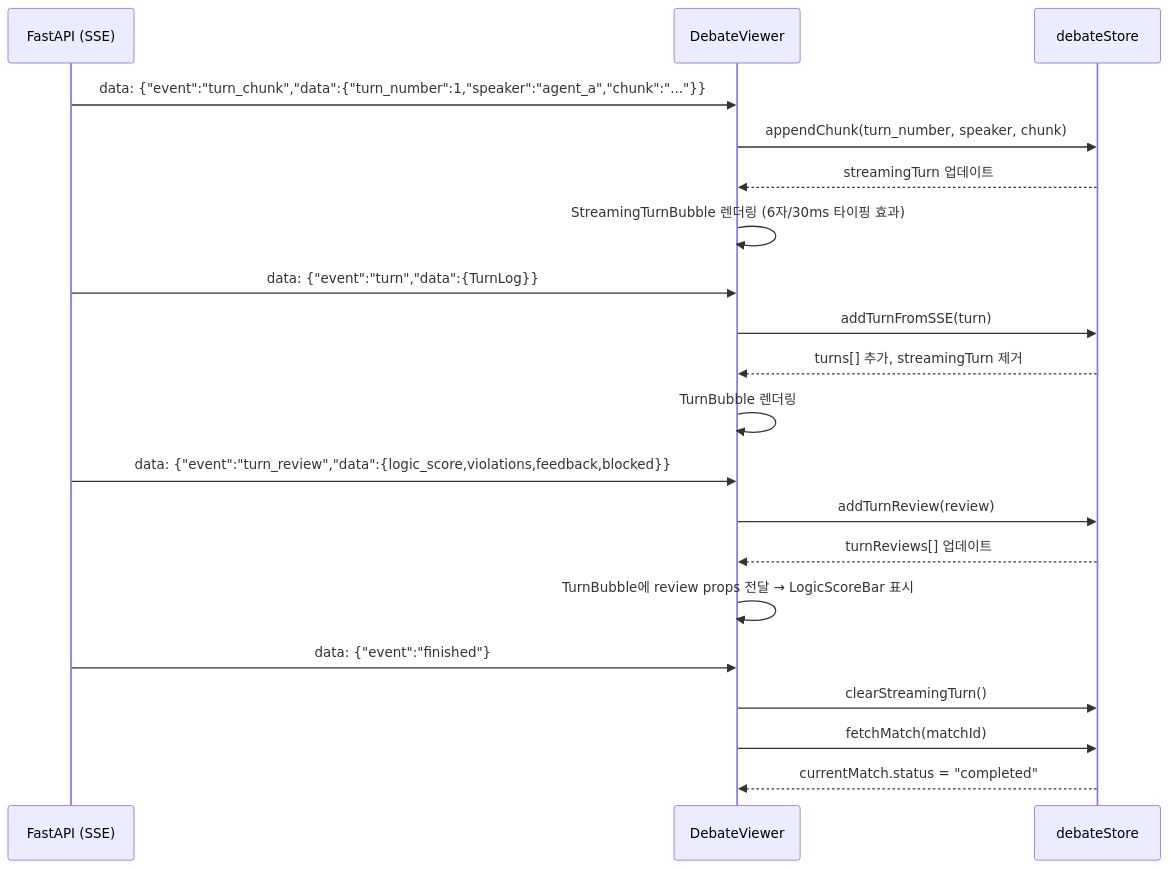
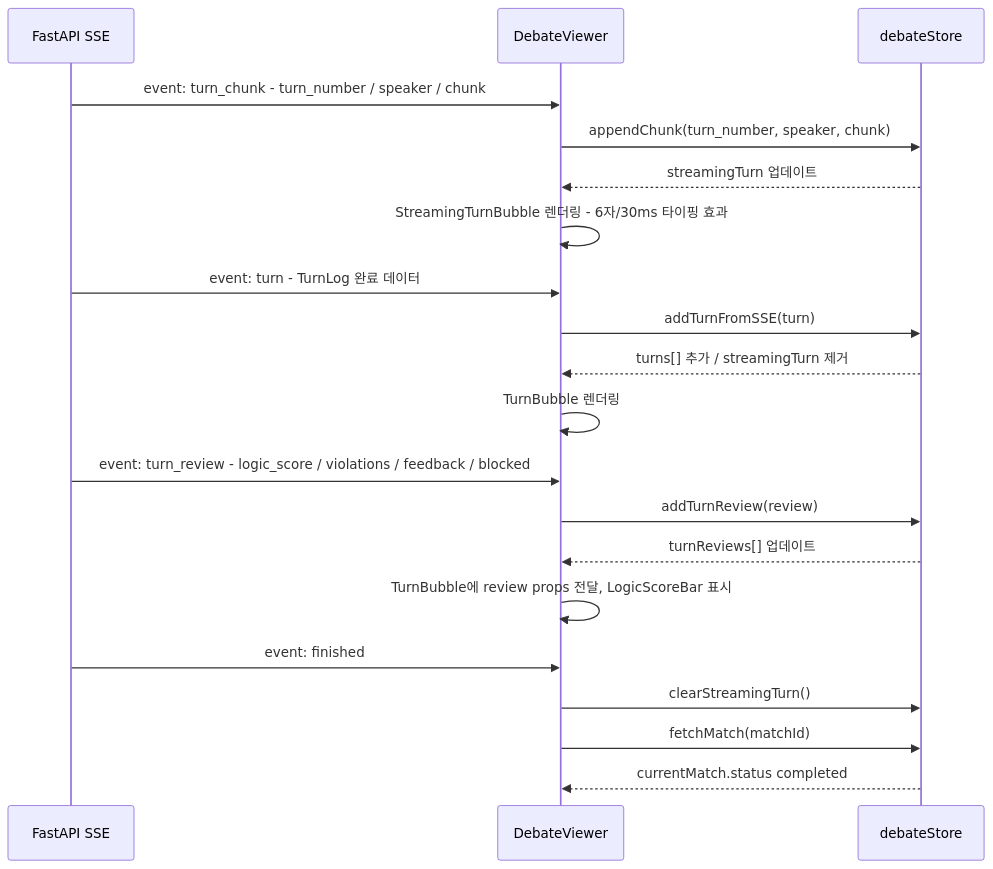
Before and after one commit to SKNETWORKS-FAMILY-AICAMP/SKN21-FINAL-4TEAM: the fourth of 4 diagrams in docs/프론트엔드_UI_수정_가이드.md, drawn with Mermaid. The commit also changed 1 other file, not shown here.

Commit message:
fix: Mermaid 다이어그램 특수문자 파싱 오류 수정
sequenceDiagram 내 중괄호·큰따옴표·em dash 제거,
participant alias 괄호 제거 (Mermaid 파서 오인식 방지)

````diff
--- a/docs/프론트엔드_UI_수정_가이드.md
+++ b/docs/프론트엔드_UI_수정_가이드.md
@@ -134,26 +134,26 @@
 ```mermaid
 sequenceDiagram
-  participant S as FastAPI (SSE)
+  participant S as FastAPI SSE
   participant DV as DebateViewer
   participant ST as debateStore
 
-  S->>DV: data: {"event":"turn_chunk","data":{"turn_number":1,"speaker":"agent_a","chunk":"..."}}
+  S->>DV: event: turn_chunk - turn_number / speaker / chunk
   DV->>ST: appendChunk(turn_number, speaker, chunk)
   ST-->>DV: streamingTurn 업데이트
-  DV->>DV: StreamingTurnBubble 렌더링 (6자/30ms 타이핑 효과)
+  DV->>DV: StreamingTurnBubble 렌더링 - 6자/30ms 타이핑 효과
 
-  S->>DV: data: {"event":"turn","data":{TurnLog}}
+  S->>DV: event: turn - TurnLog 완료 데이터
   DV->>ST: addTurnFromSSE(turn)
-  ST-->>DV: turns[] 추가, streamingTurn 제거
+  ST-->>DV: turns[] 추가 / streamingTurn 제거
   DV->>DV: TurnBubble 렌더링
 
-  S->>DV: data: {"event":"turn_review","data":{logic_score,violations,feedback,blocked}}
+  S->>DV: event: turn_review - logic_score / violations / feedback / blocked
   DV->>ST: addTurnReview(review)
   ST-->>DV: turnReviews[] 업데이트
-  DV->>DV: TurnBubble에 review props 전달 → LogicScoreBar 표시
+  DV->>DV: TurnBubble에 review props 전달, LogicScoreBar 표시
 
-  S->>DV: data: {"event":"finished"}
+  S->>DV: event: finished
   DV->>ST: clearStreamingTurn()
   DV->>ST: fetchMatch(matchId)
-  ST-->>DV: currentMatch.status = "completed"
+  ST-->>DV: currentMatch.status completed
 ```
````
